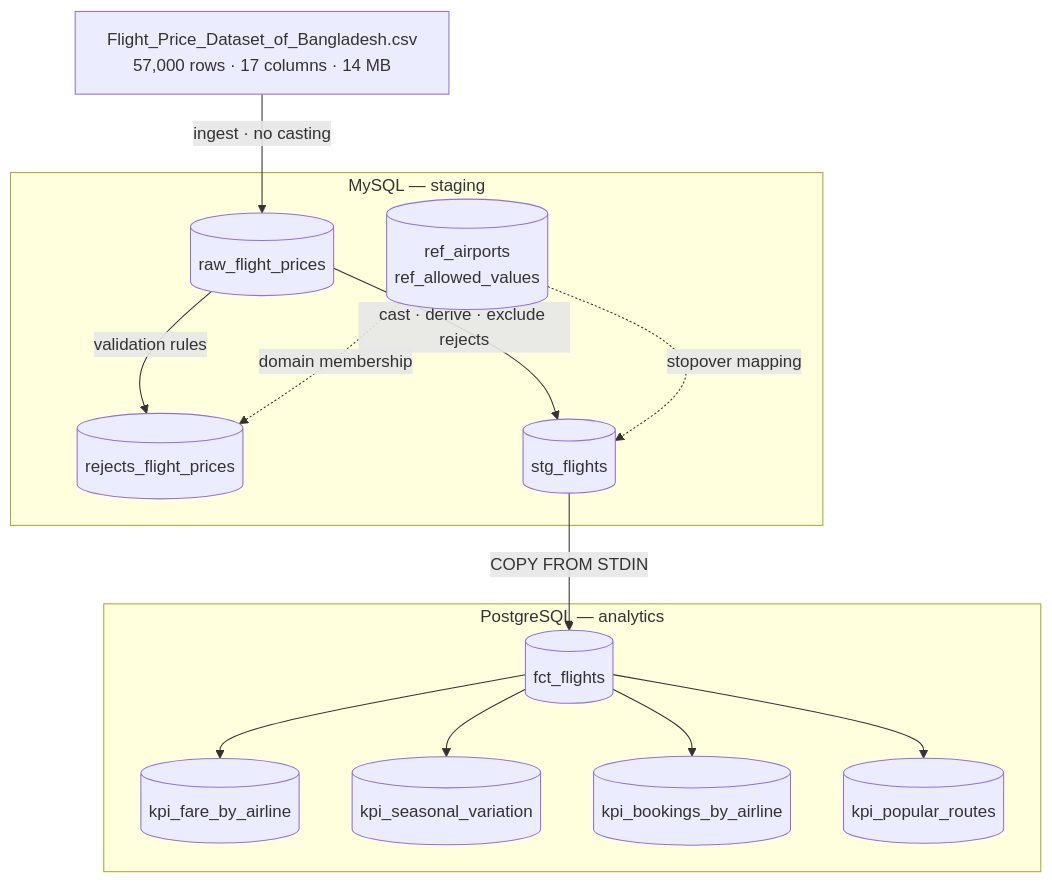
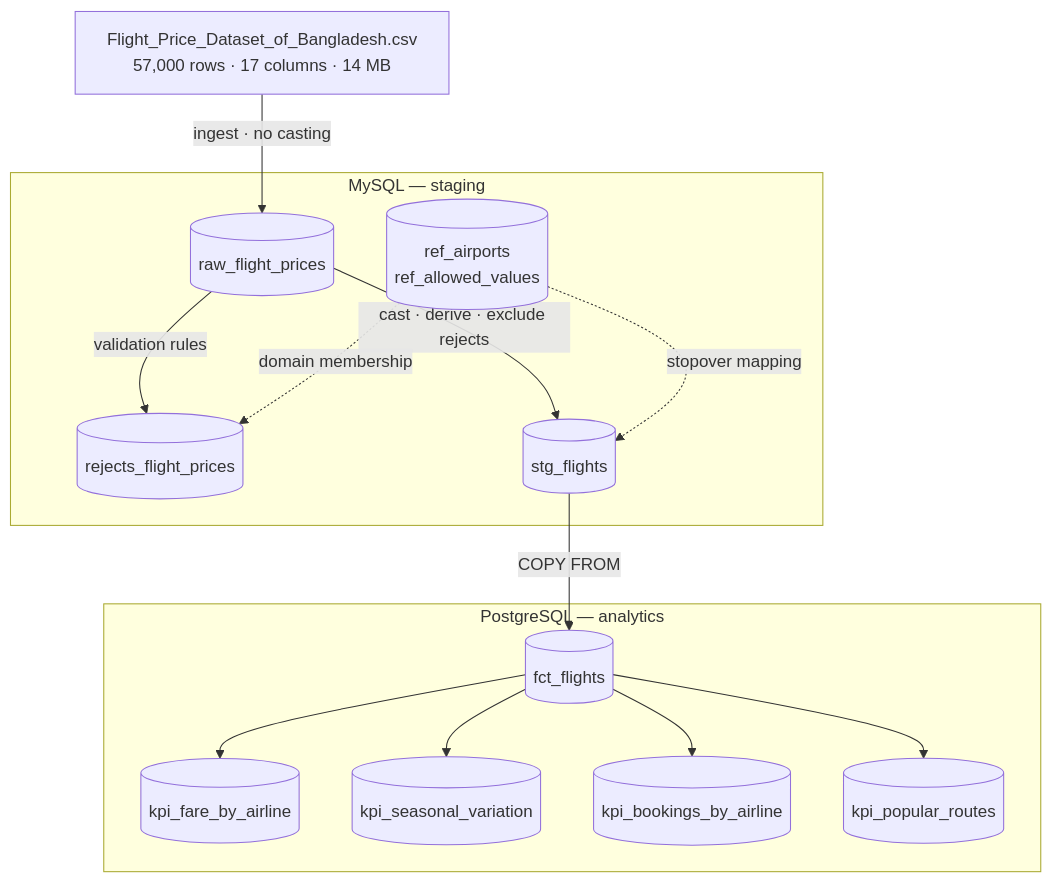
The diagram in README.md (josephforson285/airflow-flight-price-analysis), drawn with Mermaid before and after one commit. The commit also changed other lines of this file, not shown here.

Commit message:
Modify STG transition and add pipeline graph view
Updated the README to reflect changes in the STG to FCT transition and added a graph view of the flight_price_pipeline.

````diff
--- a/README.md
+++ b/README.md
@@ -46,31 +46,31 @@
 ```mermaid
 flowchart TD
     CSV["Flight_Price_Dataset_of_Bangladesh.csv<br>57,000 rows · 17 columns · 14 MB "]
 
     subgraph staging["MySQL — staging "]
         RAW[("raw_flight_prices<br>")]
         REJ[("rejects_flight_prices<br>")]
         STG[("stg_flights<br>")]
         REF[("ref_airports<br>ref_allowed_values")]
     end
 
     subgraph analytics["PostgreSQL — analytics"]
         FCT[("fct_flights")]
         K1[("kpi_fare_by_airline")]
         K2[("kpi_seasonal_variation")]
         K3[("kpi_bookings_by_airline")]
         K4[("kpi_popular_routes")]
     end
 
     CSV -->|"ingest  · no casting"| RAW
     RAW -->|"validation rules"| REJ
     RAW -->|"cast · derive · exclude rejects"| STG
-    STG -->|"COPY FROM STDIN"| FCT
+    STG -->|"COPY FROM "| FCT
 
     REF -. "domain membership" .-> REJ
     REF -. "stopover mapping" .-> STG
     FCT --> K1
     FCT --> K2
     FCT --> K3
     FCT --> K4
 ```
````
